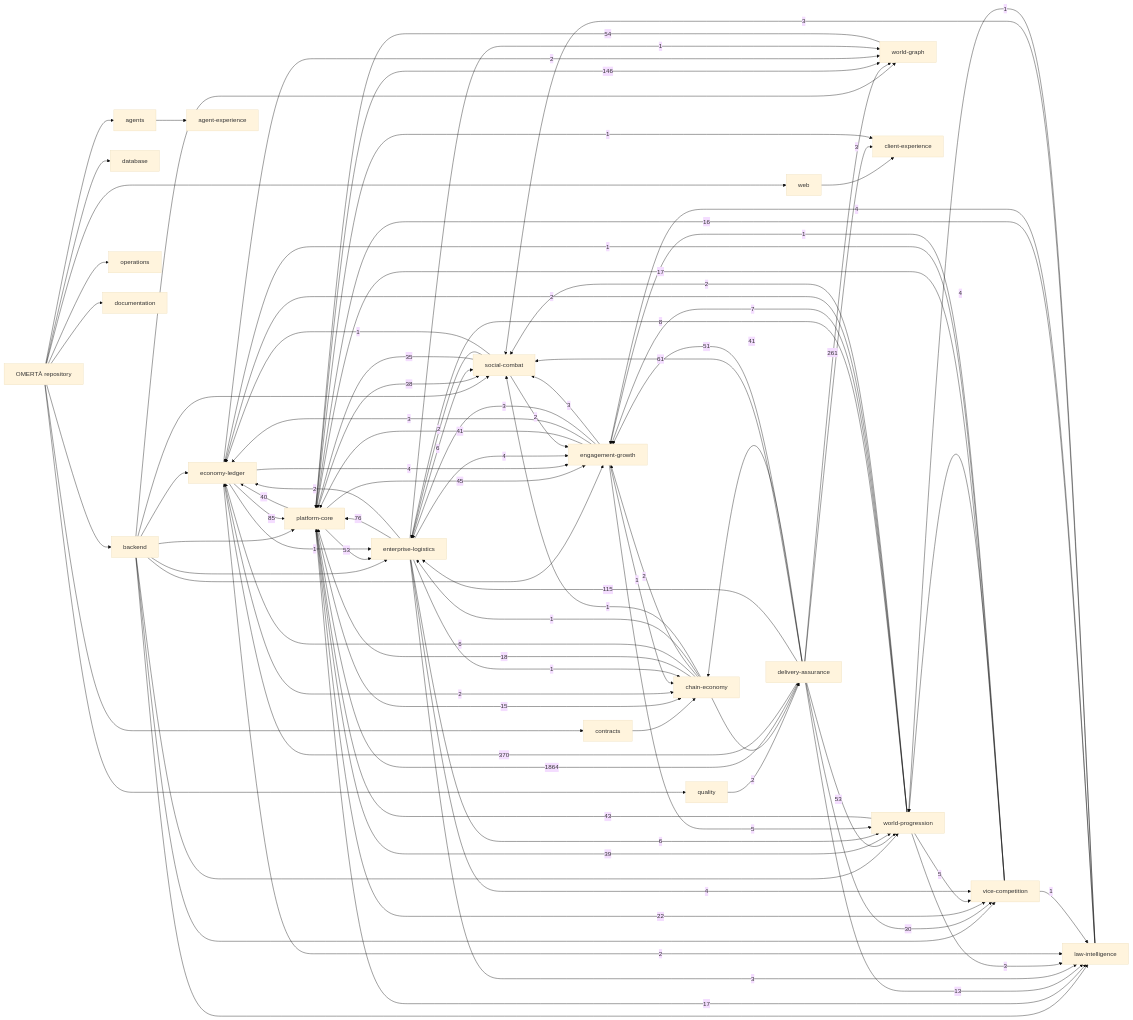
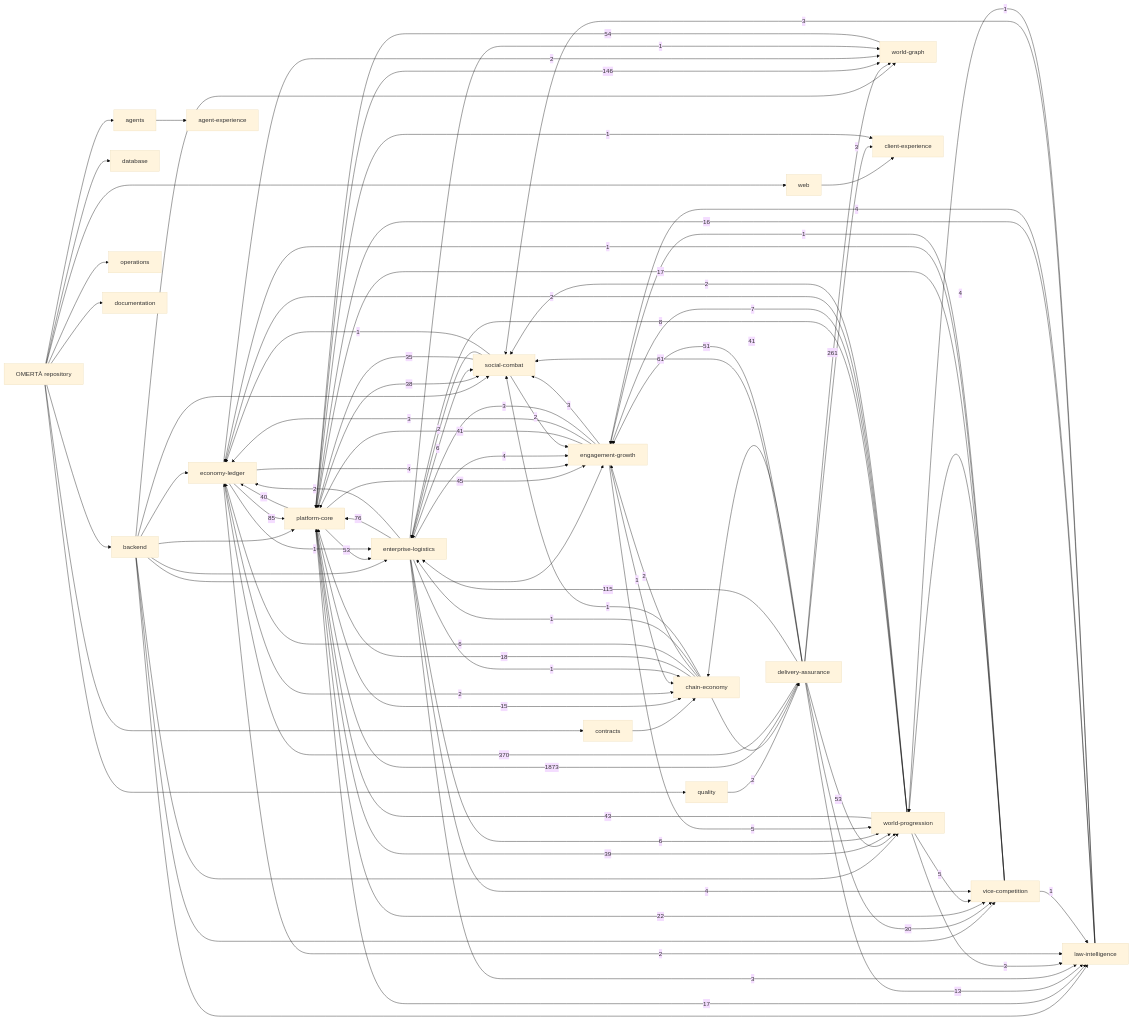
One commit to OmertaDev/Omerta changed the diagram in knowledge/generated/graph.mmd. Above: the diagram before and after it, drawn with Mermaid (base theme). The commit also changed 9 other files, not shown here.

Commit message:
Refresh knowledge graph for native ETH staking rewards

```diff
--- a/knowledge/generated/graph.mmd
+++ b/knowledge/generated/graph.mmd
@@ -1,113 +1,113 @@
 flowchart LR
   repo["OMERTÀ repository"]
   sub_backend["backend"]
   repo --> sub_backend
   sub_database["database"]
   repo --> sub_database
   sub_web["web"]
   repo --> sub_web
   sub_contracts["contracts"]
   repo --> sub_contracts
   sub_agents["agents"]
   repo --> sub_agents
   sub_quality["quality"]
   repo --> sub_quality
   sub_operations["operations"]
   repo --> sub_operations
   sub_documentation["documentation"]
   repo --> sub_documentation
   dom_platform-core["platform-core"]
   dom_economy-ledger["economy-ledger"]
   dom_social-combat["social-combat"]
   dom_world-progression["world-progression"]
   dom_world-graph["world-graph"]
   dom_enterprise-logistics["enterprise-logistics"]
   dom_vice-competition["vice-competition"]
   dom_law-intelligence["law-intelligence"]
   dom_chain-economy["chain-economy"]
   dom_engagement-growth["engagement-growth"]
   dom_client-experience["client-experience"]
   dom_agent-experience["agent-experience"]
   dom_delivery-assurance["delivery-assurance"]
   sub_agents --> dom_agent-experience
   sub_backend --> dom_economy-ledger
   sub_backend --> dom_engagement-growth
   sub_backend --> dom_enterprise-logistics
   sub_backend --> dom_law-intelligence
   sub_backend --> dom_platform-core
   sub_backend --> dom_social-combat
   sub_backend --> dom_vice-competition
   sub_backend --> dom_world-graph
   sub_backend --> dom_world-progression
   sub_contracts --> dom_chain-economy
   sub_quality --> dom_delivery-assurance
   sub_web --> dom_client-experience
-  dom_delivery-assurance -->|1864| dom_platform-core
+  dom_delivery-assurance -->|1873| dom_platform-core
   dom_delivery-assurance -->|370| dom_economy-ledger
   dom_delivery-assurance -->|261| dom_world-graph
   dom_platform-core -->|146| dom_world-graph
   dom_delivery-assurance -->|115| dom_enterprise-logistics
   dom_economy-ledger -->|85| dom_platform-core
   dom_enterprise-logistics -->|76| dom_platform-core
   dom_delivery-assurance -->|61| dom_social-combat
   dom_world-graph -->|54| dom_platform-core
   dom_delivery-assurance -->|53| dom_world-progression
   dom_platform-core -->|53| dom_enterprise-logistics
   dom_delivery-assurance -->|51| dom_engagement-growth
   dom_platform-core -->|45| dom_engagement-growth
   dom_world-progression -->|43| dom_platform-core
   dom_delivery-assurance -->|41| dom_chain-economy
   dom_engagement-growth -->|41| dom_platform-core
   dom_platform-core -->|40| dom_economy-ledger
   dom_platform-core -->|39| dom_world-progression
   dom_platform-core -->|38| dom_social-combat
   dom_social-combat -->|35| dom_platform-core
   dom_delivery-assurance -->|30| dom_vice-competition
   dom_platform-core -->|22| dom_vice-competition
   dom_chain-economy -->|18| dom_platform-core
   dom_platform-core -->|17| dom_law-intelligence
   dom_vice-competition -->|17| dom_platform-core
   dom_law-intelligence -->|16| dom_platform-core
   dom_platform-core -->|15| dom_chain-economy
   dom_delivery-assurance -->|13| dom_law-intelligence
   dom_world-progression -->|8| dom_enterprise-logistics
   dom_world-progression -->|7| dom_engagement-growth
   dom_chain-economy -->|6| dom_economy-ledger
   dom_enterprise-logistics -->|6| dom_social-combat
   dom_enterprise-logistics -->|6| dom_world-progression
   dom_engagement-growth -->|5| dom_world-progression
   dom_world-progression -->|5| dom_vice-competition
   dom_economy-ledger -->|4| dom_engagement-growth
   dom_enterprise-logistics -->|4| dom_engagement-growth
   dom_enterprise-logistics -->|4| dom_vice-competition
   dom_law-intelligence -->|4| dom_engagement-growth
   dom_vice-competition -->|4| dom_world-progression
   dom_delivery-assurance -->|3| dom_client-experience
   dom_engagement-growth -->|3| dom_economy-ledger
   dom_engagement-growth -->|3| dom_enterprise-logistics
   dom_engagement-growth -->|3| dom_social-combat
   dom_enterprise-logistics -->|3| dom_law-intelligence
   dom_law-intelligence -->|3| dom_social-combat
   dom_world-progression -->|3| dom_law-intelligence
   dom_chain-economy -->|2| dom_delivery-assurance
   dom_chain-economy -->|2| dom_engagement-growth
   dom_economy-ledger -->|2| dom_chain-economy
   dom_economy-ledger -->|2| dom_law-intelligence
   dom_economy-ledger -->|2| dom_world-graph
   dom_enterprise-logistics -->|2| dom_economy-ledger
   dom_social-combat -->|2| dom_engagement-growth
   dom_social-combat -->|2| dom_enterprise-logistics
   dom_world-progression -->|2| dom_economy-ledger
   dom_world-progression -->|2| dom_social-combat
   dom_chain-economy -->|1| dom_enterprise-logistics
   dom_chain-economy -->|1| dom_social-combat
   dom_economy-ledger -->|1| dom_enterprise-logistics
   dom_engagement-growth -->|1| dom_chain-economy
   dom_enterprise-logistics -->|1| dom_chain-economy
   dom_enterprise-logistics -->|1| dom_world-graph
   dom_law-intelligence -->|1| dom_world-progression
   dom_platform-core -->|1| dom_client-experience
   dom_social-combat -->|1| dom_economy-ledger
   dom_vice-competition -->|1| dom_economy-ledger
   dom_vice-competition -->|1| dom_engagement-growth
   dom_vice-competition -->|1| dom_law-intelligence
```
